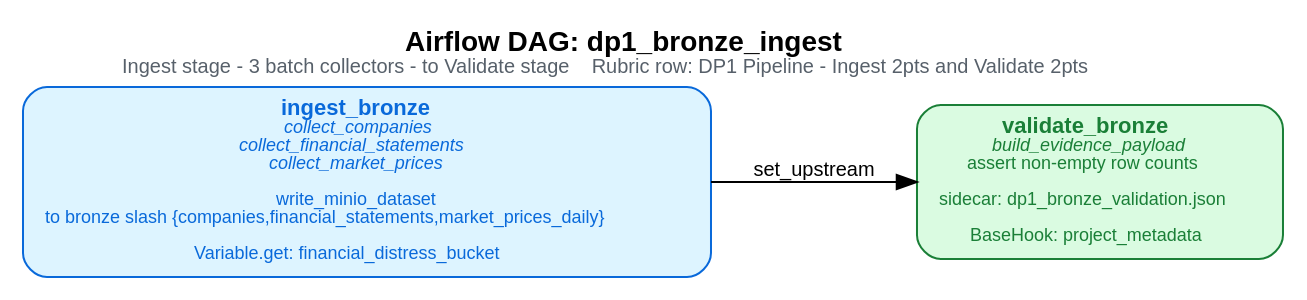
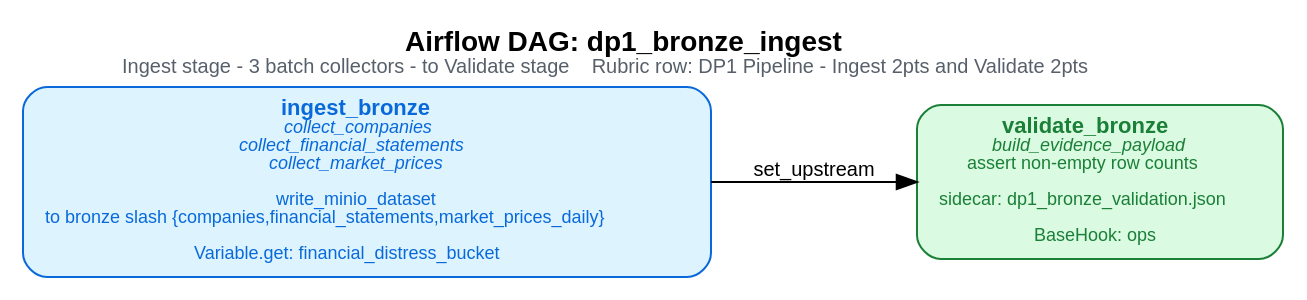
Before and after one commit to emanhthangngot/Financial-Distress-Data: the diagram in docs/evidence/w20_dp1_airflow_dag_graph.dot, drawn with Graphviz. The commit also changed 375 other files, not shown here.

```diff
--- a/docs/evidence/w20_dp1_airflow_dag_graph.dot
+++ b/docs/evidence/w20_dp1_airflow_dag_graph.dot
@@ -1,14 +1,14 @@
 digraph dp1_bronze_ingest {
     rankdir=LR;
     fontname="Helvetica";
     node [shape=box, style="rounded,filled", fontname="Helvetica", fontsize=11, margin="0.15,0.08"];
     edge [fontname="Helvetica", fontsize=10];
 
     A [label=<<B>ingest_bronze</B><BR/><FONT POINT-SIZE="9"><I>collect_companies</I><BR/><I>collect_financial_statements</I><BR/><I>collect_market_prices</I><BR/><BR/>write_minio_dataset<BR/>to bronze slash {companies,financial_statements,market_prices_daily}<BR/><BR/>Variable.get: financial_distress_bucket</FONT>>, fillcolor="#ddf4ff", color="#0969da", fontcolor="#0969da"];
-    B [label=<<B>validate_bronze</B><BR/><FONT POINT-SIZE="9"><I>build_evidence_payload</I><BR/>assert non-empty row counts<BR/><BR/>sidecar: dp1_bronze_validation.json<BR/><BR/>BaseHook: project_metadata</FONT>>, fillcolor="#dafbe1", color="#1a7f37", fontcolor="#1a7f37"];
+    B [label=<<B>validate_bronze</B><BR/><FONT POINT-SIZE="9"><I>build_evidence_payload</I><BR/>assert non-empty row counts<BR/><BR/>sidecar: dp1_bronze_validation.json<BR/><BR/>BaseHook: ops</FONT>>, fillcolor="#dafbe1", color="#1a7f37", fontcolor="#1a7f37"];
 
     A -> B [label="set_upstream"];
 
     labelloc="t";
     label=<<B>Airflow DAG: dp1_bronze_ingest</B><BR/><FONT POINT-SIZE="10" COLOR="#57606a">Ingest stage - 3 batch collectors - to Validate stage    Rubric row: DP1 Pipeline - Ingest 2pts and Validate 2pts</FONT>>;
 }
```
